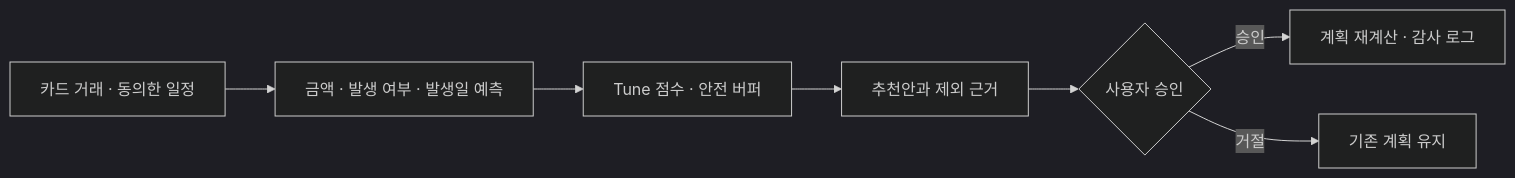
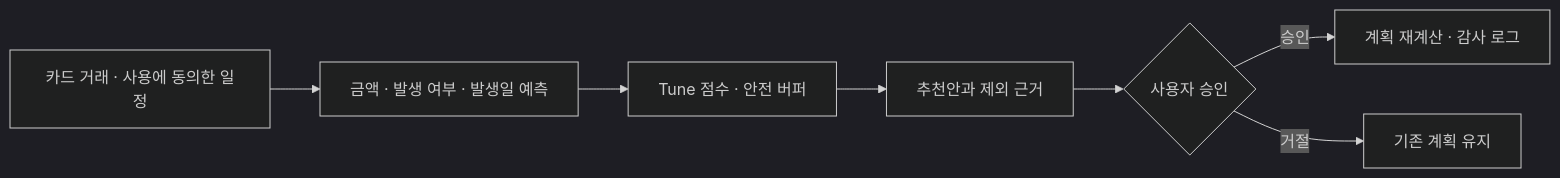
One commit to muju0629/KB_Tune changed the first of 3 diagrams in README.md. Above: the diagram before and after it, drawn with Mermaid (dark theme). The commit also changed other lines of this file, not shown here.

````diff
--- a/README.md
+++ b/README.md
@@ -37,9 +38,9 @@
 ```mermaid
 flowchart LR
-    A["카드 거래 · 동의한 일정"] --> B["금액 · 발생 여부 · 발생일 예측"]
+    A["카드 거래 · 사용에 동의한 일정"] --> B["금액 · 발생 여부 · 발생일 예측"]
     B --> C["Tune 점수 · 안전 버퍼"]
     C --> D["추천안과 제외 근거"]
     D --> E{"사용자 승인"}
     E -->|승인| F["계획 재계산 · 감사 로그"]
     E -->|거절| G["기존 계획 유지"]
 ```
````
